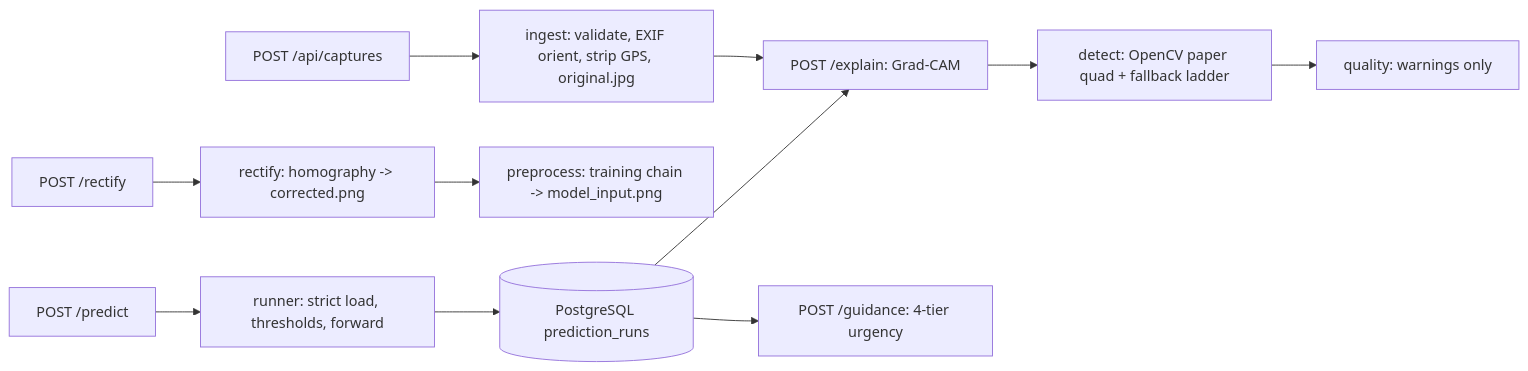
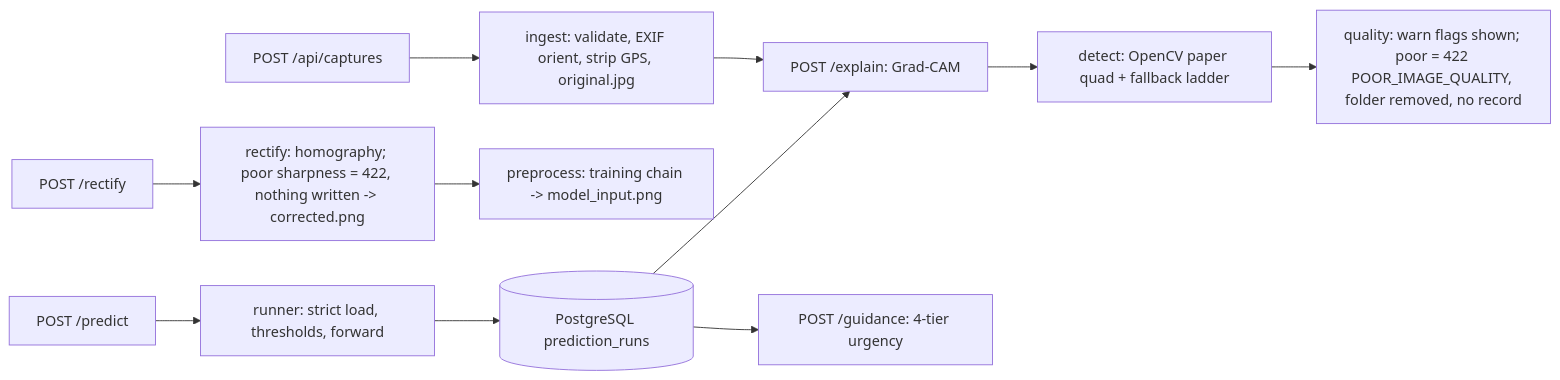
The diagram in AGENTS.md (lindtseyyy/cardiosentry-application), drawn with Mermaid before and after one commit. The commit also changed other lines of this file and 3 other files, not shown here.

Commit message:
feat(privacy): notice covers poor-quality rejection and cloud hosting

````diff
--- a/AGENTS.md
+++ b/AGENTS.md
@@ -19,13 +19,13 @@
 ```mermaid
 flowchart LR
   U[POST /api/captures] --> I[ingest: validate, EXIF orient, strip GPS, original.jpg]
   I --> E[ECG gate: not an ECG = 422 NOT_AN_ECG, folder removed, no record]
   E --> D[detect: OpenCV paper quad + fallback ladder]
-  D --> Q[quality: warnings only]
-  R[POST /rectify] --> W[rectify: homography -> corrected.png]
+  D --> Q[quality: warn flags shown; poor = 422 POOR_IMAGE_QUALITY, folder removed, no record]
+  R[POST /rectify] --> W[rectify: homography; poor sharpness = 422, nothing written -> corrected.png]
   W --> P[preprocess: training chain -> model_input.png]
   X[POST /predict] --> M[runner: strict load, thresholds, forward]
   M --> S[(PostgreSQL prediction_runs)]
   S --> E[POST /explain: Grad-CAM]
   S --> G[POST /guidance: 4-tier urgency]
 ```
````
